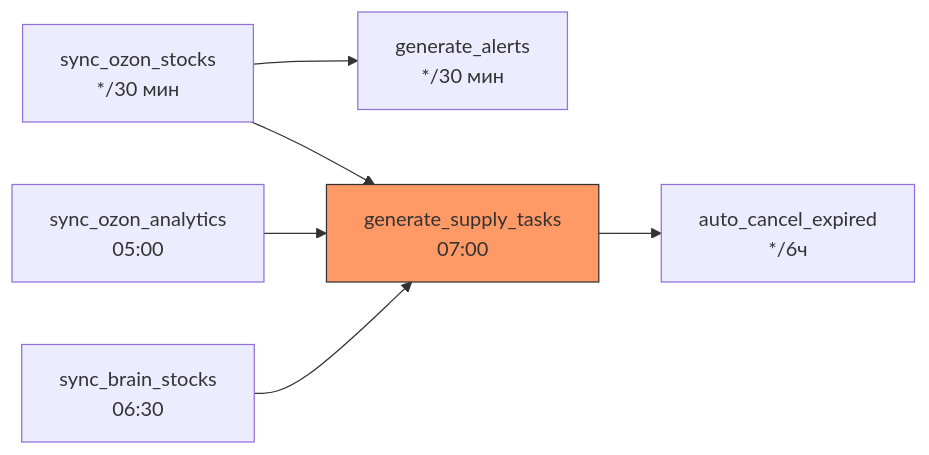
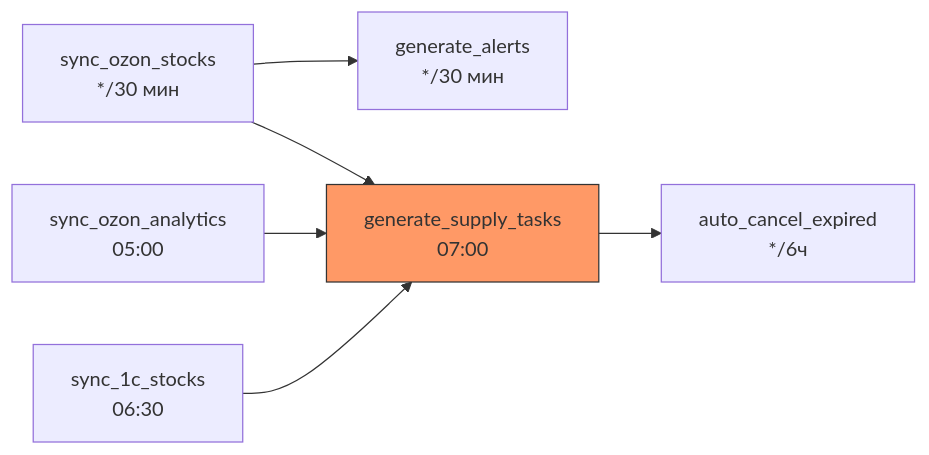
One commit to Sign25/Docs changed the third of 3 diagrams in logistic/adolf_logistic_8_celery.md. Above: the diagram before and after it, drawn with Mermaid. The commit also changed other lines of this file, not shown here.

Commit message:
refactor(logistic): rename brain_* -> 1C_*, update A1 links to 1cexport

````diff
--- a/logistic/adolf_logistic_8_celery.md
+++ b/logistic/adolf_logistic_8_celery.md
@@ -760,18 +760,18 @@
 ```mermaid
 flowchart LR
     SYNC_STOCKS["sync_ozon_stocks<br/>*/30 мин"]
     SYNC_ANALYTICS["sync_ozon_analytics<br/>05:00"]
-    SYNC_BRAIN["sync_brain_stocks<br/>06:30"]
+    SYNC_ONEC["sync_1c_stocks<br/>06:30"]
     
     GEN_ALERTS["generate_alerts<br/>*/30 мин"]
     GEN_TASKS["generate_supply_tasks<br/>07:00"]
     AUTO_CANCEL["auto_cancel_expired<br/>*/6ч"]
     
     SYNC_STOCKS --> GEN_ALERTS
     SYNC_STOCKS --> GEN_TASKS
     SYNC_ANALYTICS --> GEN_TASKS
-    SYNC_BRAIN --> GEN_TASKS
+    SYNC_ONEC --> GEN_TASKS
     GEN_TASKS --> AUTO_CANCEL
     
     style GEN_TASKS fill:#f96,stroke:#333
 ```
````
